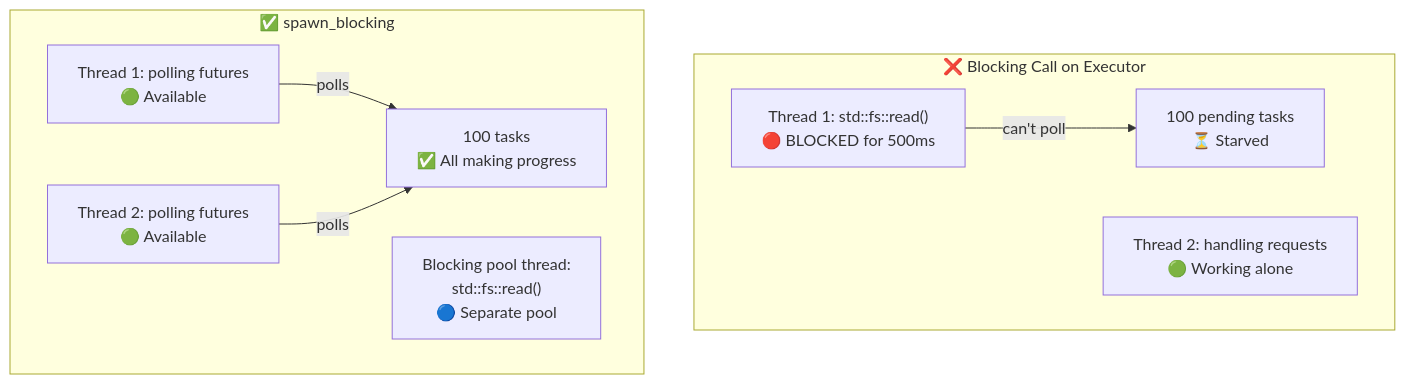
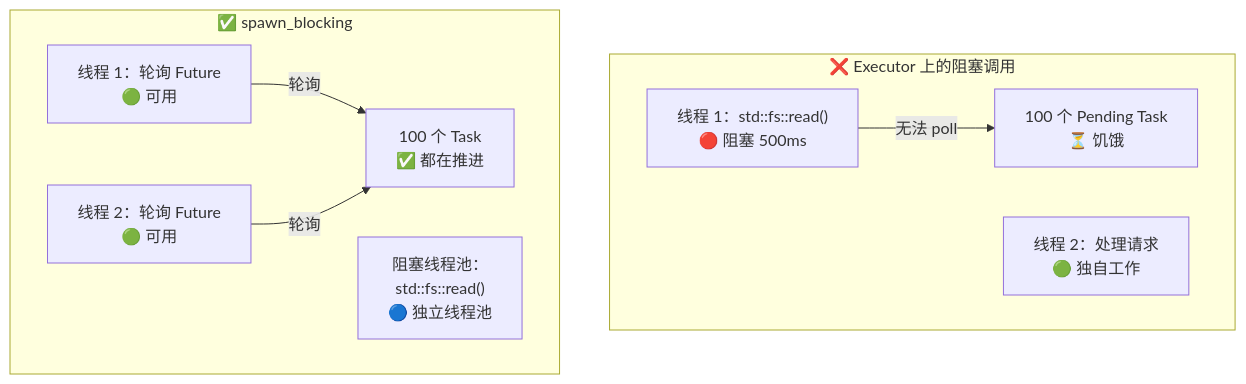
Before and after one commit to hearsay316/RustTraining: the diagram in async-book/src-zh/ch12-common-pitfalls.md, drawn with Mermaid. The commit also changed other lines of this file and 18 other files, not shown here.

````diff
--- a/async-book/src-zh/ch12-common-pitfalls.md
+++ b/async-book/src-zh/ch12-common-pitfalls.md
@@ -36,18 +36,18 @@
 ```mermaid
 graph TB
-    subgraph "❌ Blocking Call on Executor"
-        T1_BAD["Thread 1: std::fs::read()<br/>🔴 BLOCKED for 500ms"]
-        T2_BAD["Thread 2: handling requests<br/>🟢 Working alone"]
-        TASKS_BAD["100 pending tasks<br/>⏳ Starved"]
-        T1_BAD -->|"can't poll"| TASKS_BAD
+    subgraph "❌ Executor 上的阻塞调用"
+        T1_BAD["线程 1：std::fs::read()<br/>🔴 阻塞 500ms"]
+        T2_BAD["线程 2：处理请求<br/>🟢 独自工作"]
+        TASKS_BAD["100 个 Pending Task<br/>⏳ 饥饿"]
+        T1_BAD -->|"无法 poll"| TASKS_BAD
     end
 
     subgraph "✅ spawn_blocking"
-        T1_GOOD["Thread 1: polling futures<br/>🟢 Available"]
-        T2_GOOD["Thread 2: polling futures<br/>🟢 Available"]
-        BT["Blocking pool thread:<br/>std::fs::read()<br/>🔵 Separate pool"]
-        TASKS_GOOD["100 tasks<br/>✅ All making progress"]
-        T1_GOOD -->|"polls"| TASKS_GOOD
-        T2_GOOD -->|"polls"| TASKS_GOOD
+        T1_GOOD["线程 1：轮询 Future<br/>🟢 可用"]
+        T2_GOOD["线程 2：轮询 Future<br/>🟢 可用"]
+        BT["阻塞线程池：<br/>std::fs::read()<br/>🔵 独立线程池"]
+        TASKS_GOOD["100 个 Task<br/>✅ 都在推进"]
+        T1_GOOD -->|"轮询"| TASKS_GOOD
+        T2_GOOD -->|"轮询"| TASKS_GOOD
     end
 ```
````
